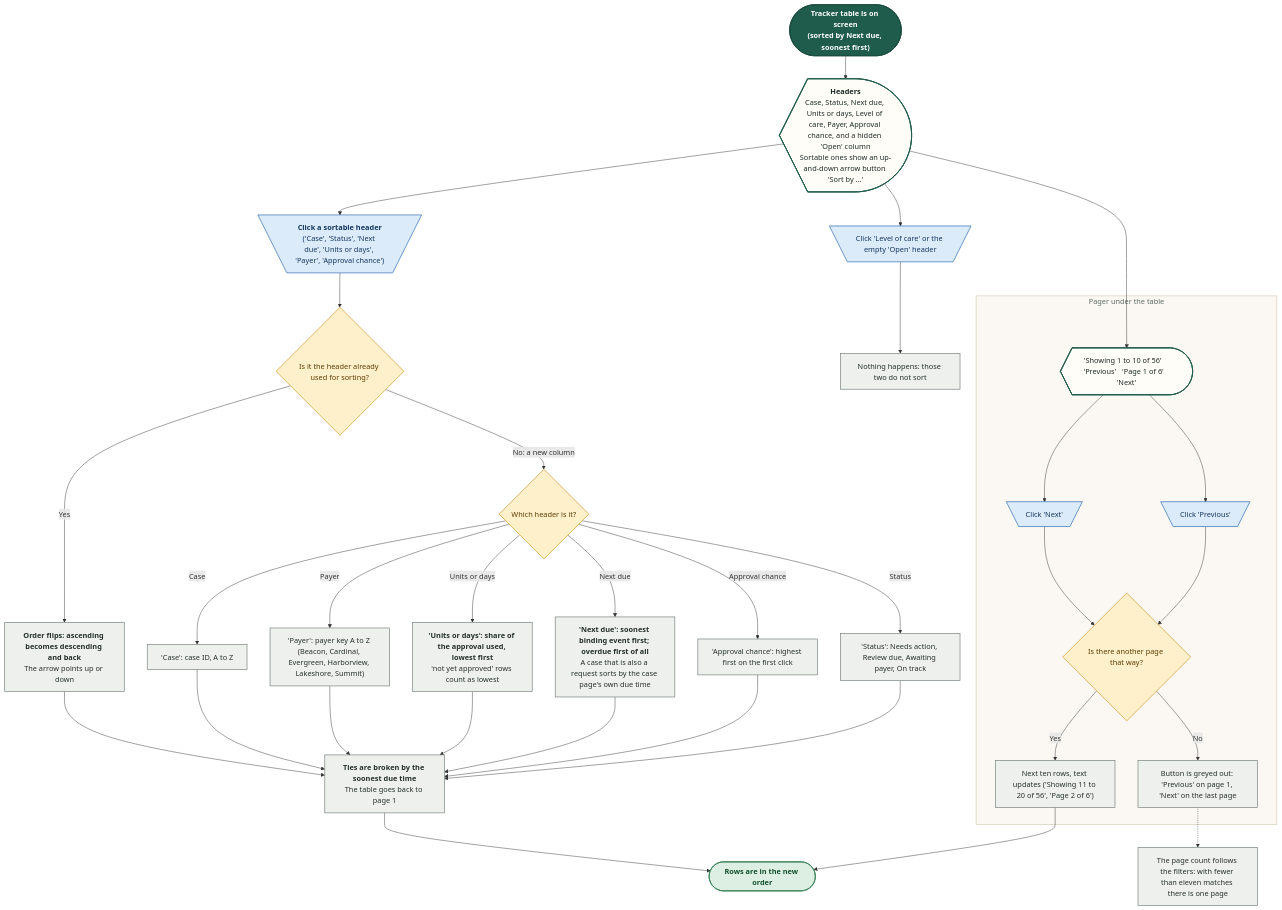
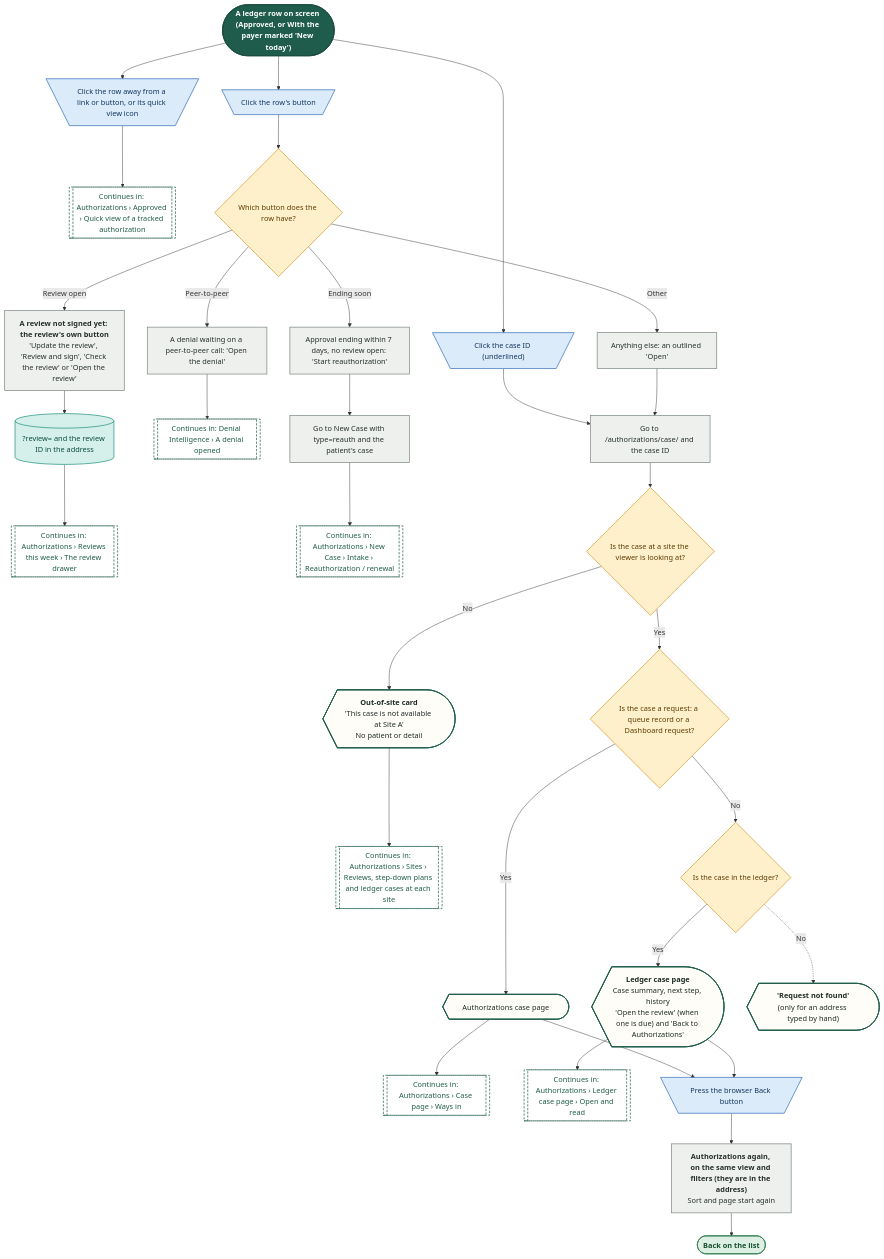
Before and after one commit to Shrav143/psyfloapp: the seventh of 20 diagrams in demos/prior-auth-demo/workflows/out/md/07-case-manager.md, drawn with Mermaid. The commit also changed other lines of this file and 113 other files, not shown here.

First line of the commit message:
docs: workflow diagrams for the merged Authorizations (worklist, approved, reviews and tracked cases, sidebar arrow), every link retargeted, 336 diagrams

````diff
--- a/demos/prior-auth-demo/workflows/out/md/07-case-manager.md
+++ b/demos/prior-auth-demo/workflows/out/md/07-case-manager.md
@@ -604,70 +477,74 @@
 ```mermaid
 %%{init: {"theme":"base","themeVariables":{"fontFamily":"'DM Sans', 'Segoe UI', system-ui, sans-serif","fontSize":"15px","lineColor":"#5B6B63","primaryTextColor":"#1C2B25","clusterBkg":"#FBF8F3","clusterBorder":"#D9CDBB","edgeLabelBackground":"#FFFFFF"},"flowchart":{"curve":"basis","nodeSpacing":36,"rankSpacing":48,"padding":12,"htmlLabels":true,"useMaxWidth":false,"wrappingWidth":230}} }%%
 flowchart TD
   classDef k_start fill:#1F5C4B,stroke:#174638,color:#FFFFFF,stroke-width:1.5px,font-weight:600
   classDef k_end fill:#DDEFE3,stroke:#2E7D4F,color:#14502F,stroke-width:1.5px,font-weight:600
   classDef k_endx fill:#FBE3E0,stroke:#C0392B,color:#7A1F16,stroke-width:1.5px,font-weight:600
   classDef k_screen fill:#FFFDF8,stroke:#1F5C4B,color:#1C2B25,stroke-width:2px
   classDef k_overlay fill:#F1F7F3,stroke:#1F5C4B,color:#1C2B25,stroke-width:2px,stroke-dasharray:5 3
   classDef k_click fill:#DCEBFA,stroke:#2F6DB5,color:#12365F,stroke-width:1.5px
   classDef k_input fill:#E4E7FF,stroke:#4C5FD5,color:#1D2670,stroke-width:1.5px
   classDef k_process fill:#EEF0EE,stroke:#7A857F,color:#26302B,stroke-width:1.5px
   classDef k_agent fill:#EEE5FA,stroke:#7A4FC2,color:#341A63,stroke-width:1.5px
   classDef k_decision fill:#FFF0CC,stroke:#D9962B,color:#5C3B00,stroke-width:1.5px
   classDef k_store fill:#D5F0EA,stroke:#1C8E7B,color:#0B4A3F,stroke-width:1.5px
   classDef k_doc fill:#F6E9DC,stroke:#B07A4C,color:#4A2E14,stroke-width:1.5px
   classDef k_ext fill:#FFE6D2,stroke:#E07B39,color:#6B2F06,stroke-width:1.5px
   classDef k_wait fill:#E4E8EE,stroke:#6B7C93,color:#26303D,stroke-width:1.5px
   classDef k_toast fill:#FFF9DB,stroke:#C9A400,color:#5A4A00,stroke-width:1.5px
   classDef k_goto fill:#FFFFFF,stroke:#1F5C4B,color:#1F5C4B,stroke-width:1.5px,stroke-dasharray:5 3
-  s1@{ shape: stadium, label: "<b>Tracker table is on screen</b><br/>(sorted by Next due, soonest first)" }
-  h1@{ shape: curv-trap, label: "<b>Headers</b><br/>Case, Status, Next due, Units or days, Level of care, Payer, Approval chance, and a hidden 'Open' column<br/>Sortable ones show an up-and-down arrow button 'Sort by ...'" }
-  c0@{ shape: trap-t, label: "Click 'Level of care' or the empty 'Open' header" }
-  p0@{ shape: rect, label: "Nothing happens: those two do not sort" }
-  c1@{ shape: trap-t, label: "<b>Click a sortable header</b><br/>('Case', 'Status', 'Next due', 'Units or days', 'Payer', 'Approval chance')" }
-  d1@{ shape: diam, label: "Is it the header already used for sorting?" }
-  p1@{ shape: rect, label: "<b>Order flips: ascending becomes descending and back</b><br/>The arrow points up or down" }
-  d2@{ shape: diam, label: "Which header is it?" }
-  s1a@{ shape: rect, label: "'Case': case ID, A to Z" }
-  s2a@{ shape: rect, label: "'Payer': payer key A to Z (Beacon, Cardinal, Evergreen, Harborview, Lakeshore, Summit)" }
-  s3a@{ shape: rect, label: "<b>'Units or days': share of the approval used, lowest first</b><br/>'not yet approved' rows count as lowest" }
-  s4a@{ shape: rect, label: "<b>'Next due': soonest binding event first; overdue first of all</b><br/>A case that is also a request sorts by the case page's own due time" }
-  s5a@{ shape: rect, label: "'Approval chance': highest first on the first click" }
-  s6a@{ shape: rect, label: "'Status': Needs action, Review due, Awaiting payer, On track" }
-  p2@{ shape: rect, label: "<b>Ties are broken by the soonest due time</b><br/>The table goes back to page 1" }
-  subgraph gPage ["Pager under the table"]
-  pg@{ shape: curv-trap, label: "'Showing 1 to 10 of 56'    'Previous'   'Page 1 of 6'   'Next'" }
-  n1@{ shape: trap-t, label: "Click 'Next'" }
-  n2@{ shape: trap-t, label: "Click 'Previous'" }
-  d3@{ shape: diam, label: "Is there another page that way?" }
-  g1@{ shape: rect, label: "Next ten rows, text updates ('Showing 11 to 20 of 56', 'Page 2 of 6')" }
-  g2@{ shape: rect, label: "Button is greyed out: 'Previous' on page 1, 'Next' on the last page" }
-  end
-  p3@{ shape: rect, label: "The page count follows the filters: with fewer than eleven matches there is one page" }
-  e1@{ shape: stadium, label: "Rows are in the new order" }
-  s1 --> h1
-  h1 --> c0 --> p0
-  h1 --> c1 --> d1
-  d1 -->|"Yes"| p1 --> p2
-  d1 -->|"No: a new column"| d2
-  d2 -->|"Case"| s1a --> p2
-  d2 -->|"Payer"| s2a --> p2
-  d2 -->|"Units or days"| s3a --> p2
-  d2 -->|"Next due"| s4a --> p2
-  d2 -->|"Approval chance"| s5a --> p2
-  d2 -->|"Status"| s6a --> p2
-  p2 --> e1
-  h1 --> pg
-  pg --> n1 --> d3
-  pg --> n2 --> d3
-  d3 -->|"Yes"| g1 --> e1
-  d3 -->|"No"| g2
-  g2 -.-> p3
+  s1@{ shape: stadium, label: "A ledger row on screen (Approved, or With the payer marked 'New today')" }
+  c1@{ shape: trap-t, label: "Click the case ID (underlined)" }
+  c2@{ shape: trap-t, label: "Click the row away from a link or button, or its quick view icon" }
+  gq@{ shape: subproc, label: "Continues in: Authorizations › Approved › Quick view of a tracked authorization" }
+  c3@{ shape: trap-t, label: "Click the row's button" }
+  db@{ shape: diam, label: "Which button does the row have?" }
+  b1@{ shape: rect, label: "<b>A review not signed yet: the review's own button</b><br/>'Update the review', 'Review and sign', 'Check the review' or 'Open the review'" }
+  b1s@{ shape: cyl, label: "?review= and the review ID in the address" }
+  gr@{ shape: subproc, label: "Continues in: Authorizations › Reviews this week › The review drawer" }
+  b2@{ shape: rect, label: "A denial waiting on a peer-to-peer call: 'Open the denial'" }
+  gd@{ shape: subproc, label: "Continues in: Denial Intelligence › A denial opened" }
+  b3@{ shape: rect, label: "Approval ending within 7 days, no review open: 'Start reauthorization'" }
+  b3p@{ shape: rect, label: "Go to New Case with type=reauth and the patient's case" }
+  gn@{ shape: subproc, label: "Continues in: Authorizations › New Case › Intake › Reauthorization / renewal" }
+  b4@{ shape: rect, label: "Anything else: an outlined 'Open'" }
+  p1@{ shape: rect, label: "Go to /authorizations/case/ and the case ID" }
+  ds@{ shape: diam, label: "Is the case at a site the viewer is looking at?" }
+  sos@{ shape: curv-trap, label: "<b>Out-of-site card</b><br/>'This case is not available at Site A'<br/>No patient or detail" }
+  gs@{ shape: subproc, label: "Continues in: Authorizations › Sites › Reviews, step-down plans and ledger cases at each site" }
+  d2@{ shape: diam, label: "Is the case a request: a queue record or a Dashboard request?" }
+  s2@{ shape: curv-trap, label: "Authorizations case page" }
+  g1@{ shape: subproc, label: "Continues in: Authorizations › Case page › Ways in" }
+  d3@{ shape: diam, label: "Is the case in the ledger?" }
+  s3@{ shape: curv-trap, label: "<b>Ledger case page</b><br/>Case summary, next step, history<br/>'Open the review' (when one is due) and 'Back to Authorizations'" }
+  g3@{ shape: subproc, label: "Continues in: Authorizations › Ledger case page › Open and read" }
+  s5@{ shape: curv-trap, label: "<b>'Request not found'</b><br/>(only for an address typed by hand)" }
+  c5@{ shape: trap-t, label: "Press the browser Back button" }
+  p5@{ shape: rect, label: "<b>Authorizations again, on the same view and filters (they are in the address)</b><br/>Sort and page start again" }
+  e1@{ shape: stadium, label: "Back on the list" }
+  s1 --> c1 --> p1
+  s1 --> c2 --> gq
+  s1 --> c3 --> db
+  db -->|"Review open"| b1 --> b1s --> gr
+  db -->|"Peer-to-peer"| b2 --> gd
+  db -->|"Ending soon"| b3 --> b3p --> gn
+  db -->|"Other"| b4 --> p1
+  p1 --> ds
+  ds -->|"No"| sos --> gs
+  ds -->|"Yes"| d2
+  d2 -->|"Yes"| s2 --> g1
+  d2 -->|"No"| d3
+  d3 -->|"Yes"| s3 --> g3
+  d3 -.->|"No"| s5
+  s2 --> c5
+  s3 --> c5
+  c5 --> p5 --> e1
   class s1 k_start
-  class h1,pg k_screen
-  class c0,c1,n1,n2 k_click
-  class p0,p1,s1a,s2a,s3a,s4a,s5a,s6a,p2,g1,g2,p3 k_process
-  class d1,d2,d3 k_decision
+  class c1,c2,c3,c5 k_click
+  class gq,gr,gd,gn,gs,g1,g3 k_goto
+  class db,ds,d2,d3 k_decision
+  class b1,b2,b3,b3p,b4,p1,p5 k_process
+  class b1s k_store
+  class sos,s2,s3,s5 k_screen
   class e1 k_end
-  style gPage fill:#FBF8F3,stroke:#D9CDBB,stroke-width:1.5px,color:#5B6B63
 ```
````
